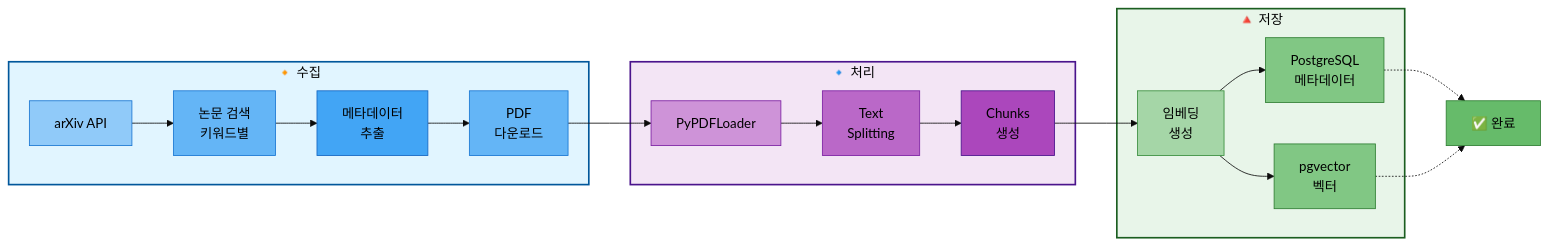
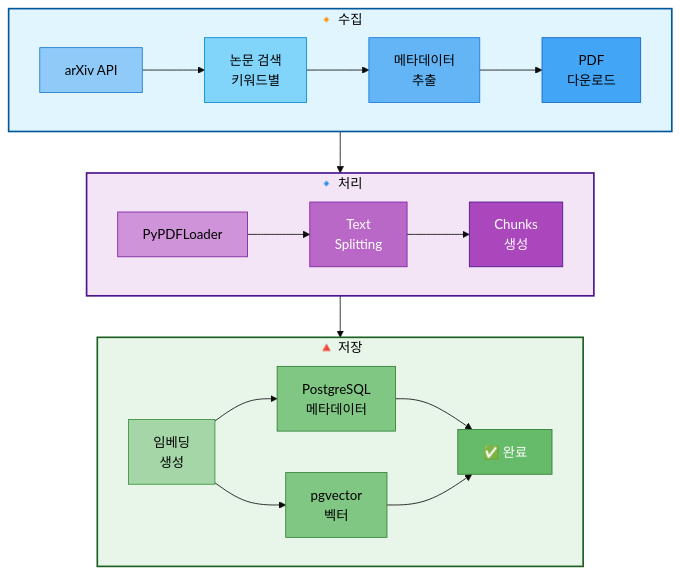
The first of 2 diagrams in docs/roles/담당역할_03_박재홍_논문데이터수집.md (AIBootcamp14/langchainproject-new-langchainproject_5), drawn with Mermaid (base theme) before and after one commit.

Commit message:
docs: 논문데이터수집 다이어그램 가로 길이 개선
방식 2 (TB + LR) 적용하여 레이아웃 최적화
- graph LR → graph TB로 변경
- 각 subgraph에 direction LR 추가
- 단계 간 연결 방식 개선
- 노드 스타일 주석 추가

````diff
--- a/docs/roles/담당역할_03_박재홍_논문데이터수집.md
+++ b/docs/roles/담당역할_03_박재홍_논문데이터수집.md
@@ -44,39 +44,47 @@
 ```mermaid
-graph LR
+graph TB
     subgraph Collection["🔸 수집"]
+        direction LR
         A[arXiv API] --> B[논문 검색<br/>키워드별]
         B --> C[메타데이터<br/>추출]
         C --> D[PDF<br/>다운로드]
     end
 
     subgraph Processing["🔹 처리"]
-        D --> E[PyPDFLoader]
-        E --> F[Text<br/>Splitting]
+        direction LR
+        E[PyPDFLoader] --> F[Text<br/>Splitting]
         F --> G[Chunks<br/>생성]
     end
 
     subgraph Storage["🔺 저장"]
-        G --> H[임베딩<br/>생성]
-        H --> I1[PostgreSQL<br/>메타데이터]
+        direction LR
+        H[임베딩<br/>생성] --> I1[PostgreSQL<br/>메타데이터]
         H --> I2[pgvector<br/>벡터]
+        I1 --> J[✅ 완료]
+        I2 --> J
     end
 
-    I1 -.-> J[✅ 완료]
-    I2 -.-> J
+    Collection --> Processing
+    Processing --> Storage
 
     style Collection fill:#e1f5ff,stroke:#01579b,stroke-width:2px,color:#000
     style Processing fill:#f3e5f5,stroke:#4a148c,stroke-width:2px,color:#000
     style Storage fill:#e8f5e9,stroke:#1b5e20,stroke-width:2px,color:#000
 
+    %% 노드 스타일 (수집 - 파랑 계열)
     style A fill:#90caf9,stroke:#1976d2,color:#000
-    style B fill:#64b5f6,stroke:#1976d2,color:#000
-    style C fill:#42a5f5,stroke:#1565c0,color:#000
-    style D fill:#64b5f6,stroke:#1976d2,color:#000
+    style B fill:#81d4fa,stroke:#0288d1,color:#000
+    style C fill:#64b5f6,stroke:#1976d2,color:#000
+    style D fill:#42a5f5,stroke:#1565c0,color:#000
+
+    %% 노드 스타일 (처리 - 보라 계열)
     style E fill:#ce93d8,stroke:#7b1fa2,color:#000
-    style F fill:#ba68c8,stroke:#7b1fa2,color:#000
-    style G fill:#ab47bc,stroke:#4a148c,color:#000
+    style F fill:#ba68c8,stroke:#7b1fa2,color:#fff
+    style G fill:#ab47bc,stroke:#4a148c,color:#fff
+
+    %% 노드 스타일 (저장 - 녹색 계열)
     style H fill:#a5d6a7,stroke:#388e3c,color:#000
     style I1 fill:#81c784,stroke:#2e7d32,color:#000
     style I2 fill:#81c784,stroke:#2e7d32,color:#000
-    style J fill:#66bb6a,stroke:#2e7d32,color:#000
+    style J fill:#66bb6a,stroke:#2e7d32,color:#fff
 ```
````
